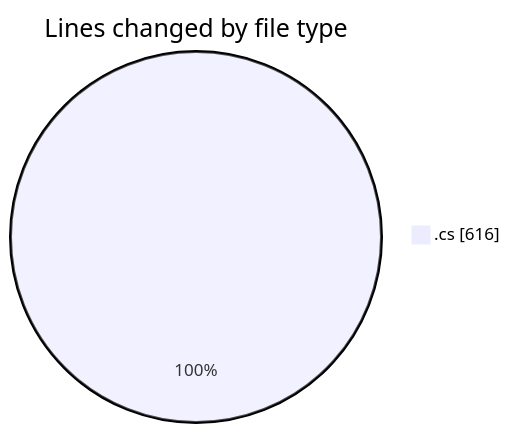
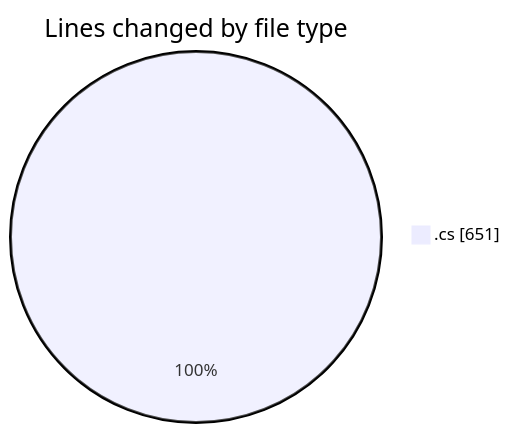
Before and after one commit to Netris89/code-tracking: the first of 2 diagrams in 2025-04-03/back-end/README.md, drawn with Mermaid. The commit also changed other lines of this file and 1 other file, not shown here.

````diff
--- a/2025-04-03/back-end/README.md
+++ b/2025-04-03/back-end/README.md
@@ -22,5 +22,5 @@
 ```mermaid
 pie showData
 title Lines changed by file type
-".cs" : 616
+".cs" : 651
 ```
````
